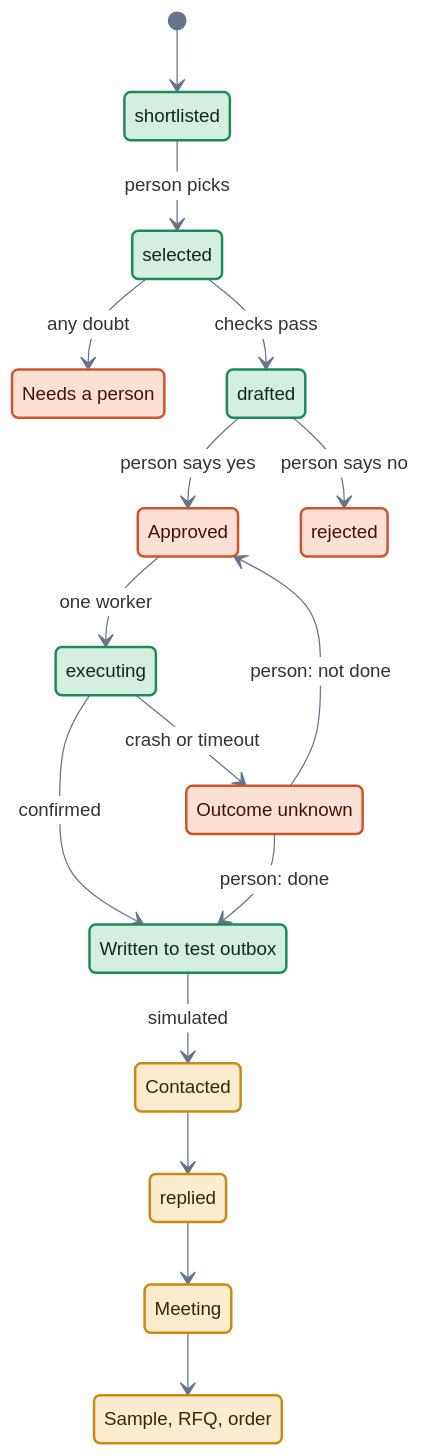
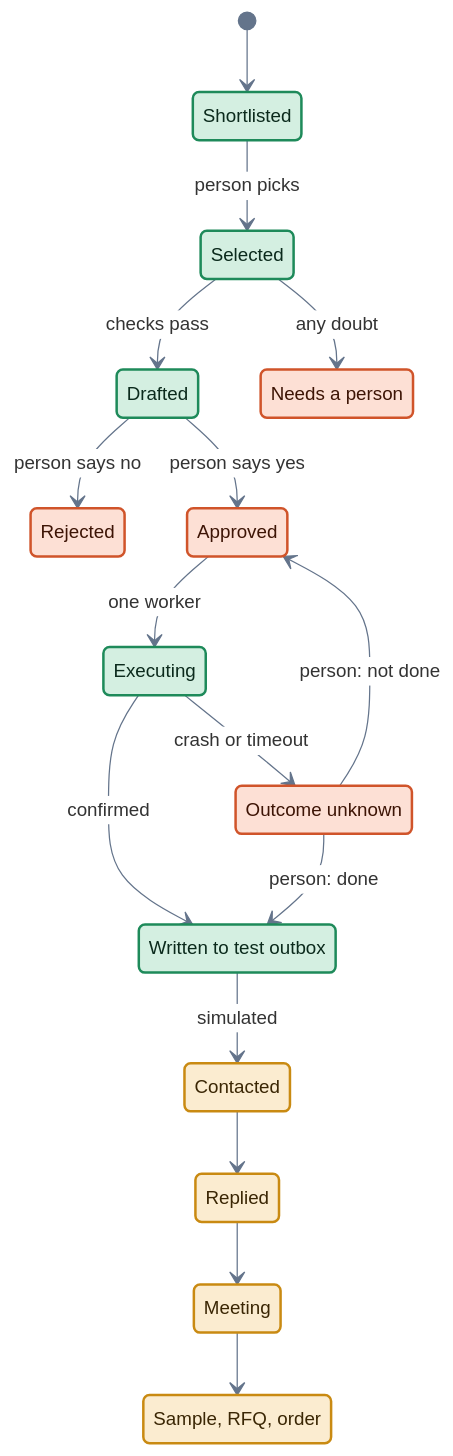
One commit to DityaSen29/tradescout changed the third of 4 diagrams in README.md. Above: the diagram before and after it, drawn with Mermaid. The commit also changed other lines of this file, not shown here.

Commit message:
README: tighten diagram sizing and dark-mode legibility

````diff
--- a/README.md
+++ b/README.md
@@ -422,33 +413,39 @@
 ```mermaid
 %%{init: {"theme":"base","themeVariables":{"fontSize":"15px","lineColor":"#64748b","edgeLabelBackground":"#ffffff"}}}%%
 stateDiagram-v2
   direction TB
+  state "Shortlisted" as shortlisted
+  state "Selected" as selected
+  state "Drafted" as drafted
+  state "Rejected" as rejected
+  state "Executing" as executing
+  state "Replied" as replied
   state "Needs a person" as review
   state "Approved" as approved
   state "Outcome unknown" as unknown
   state "Written to test outbox" as done
   state "Contacted" as contacted
   state "Meeting" as meeting
   state "Sample, RFQ, order" as order
   [*] --> shortlisted
   shortlisted --> selected: person picks
   selected --> drafted: checks pass
   selected --> review: any doubt
   drafted --> rejected: person says no
   drafted --> approved: person says yes
   approved --> executing: one worker
   executing --> done: confirmed
   executing --> unknown: crash or timeout
   unknown --> approved: person: not done
   unknown --> done: person: done
   done --> contacted: simulated
   contacted --> replied
   replied --> meeting
   meeting --> order
   classDef now fill:#d4efe1,stroke:#1e8a5a,stroke-width:2px,color:#0b2a1c
   classDef gate fill:#fde0d5,stroke:#d0542a,stroke-width:2px,color:#3d1405
   classDef next fill:#fbecd0,stroke:#c98a12,stroke-width:2px,color:#3a2604
   class shortlisted,selected,drafted,executing,done now
   class approved,rejected,review,unknown gate
   class contacted,replied,meeting,order next
 ```
````
